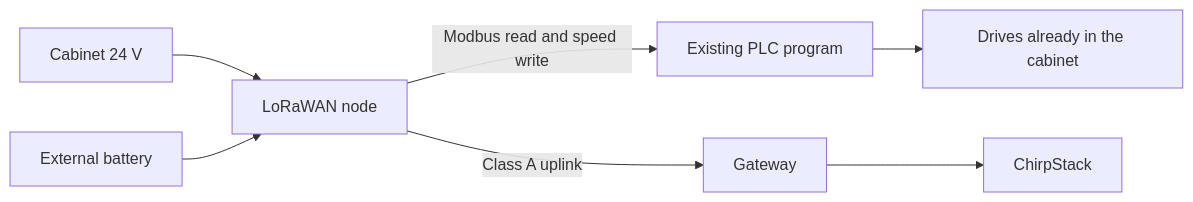
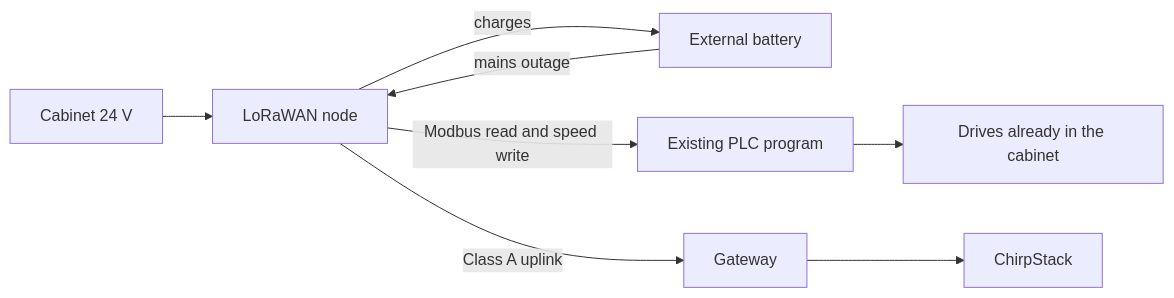
Before and after one commit to alibeknakhimov/portfolio.github.io: the diagram in _portfolio/0a-well.md, drawn with Mermaid. The commit also changed other lines of this file and 1 other file, not shown here.

```diff
--- a/_portfolio/0a-well.md
+++ b/_portfolio/0a-well.md
@@ -35,9 +37,10 @@
 <pre class="mermaid">
 flowchart LR
     FEED[Cabinet 24 V] --> NODE[LoRaWAN node]
-    BAT[External battery] --> NODE
+    NODE -->|charges| BAT[External battery]
+    BAT -->|mains outage| NODE
     NODE -->|Modbus read and speed write| PLC[Existing PLC program]
     PLC --> DRIVE[Drives already in the cabinet]
     NODE -->|Class A uplink| GW[Gateway]
     GW --> CS[ChirpStack]
 </pre>
```
